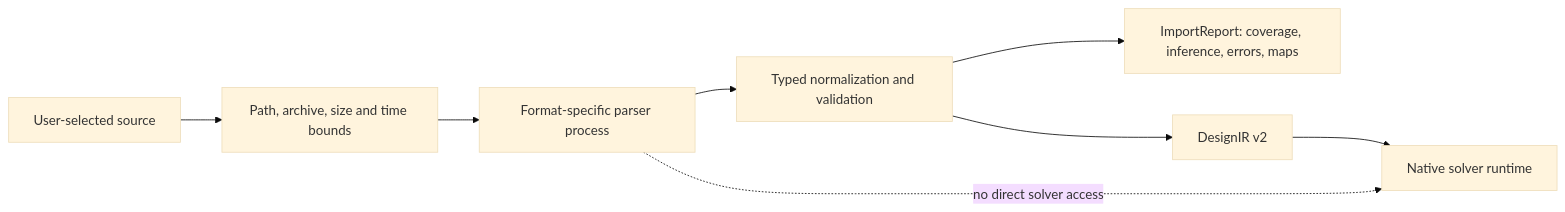
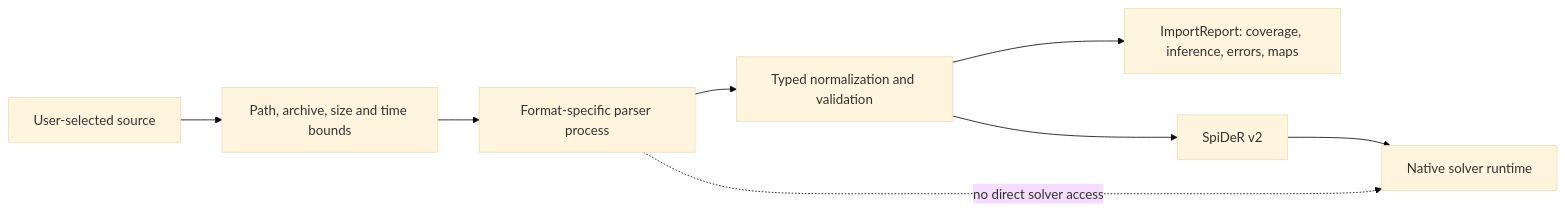
Before and after one commit to krishna-swaroop/SPIKE: the fifth of 8 diagrams in docs/CAD_NEUTRAL_NATIVE_MULTIPHYSICS_FOUNDATION.md, drawn with Mermaid (base theme). The commit also changed other lines of this file and 523 other files, not shown here.

````diff
--- a/docs/CAD_NEUTRAL_NATIVE_MULTIPHYSICS_FOUNDATION.md
+++ b/docs/CAD_NEUTRAL_NATIVE_MULTIPHYSICS_FOUNDATION.md
@@ -331,10 +331,10 @@
 ```mermaid
 flowchart LR
     U["User-selected source"] --> B["Path, archive, size and time bounds"]
     B --> P["Format-specific parser process"]
     P --> V["Typed normalization and validation"]
     V --> Q["ImportReport: coverage, inference, errors, maps"]
-    V --> D["DesignIR v2"]
+    V --> D["SpiDeR v2"]
     P -. "no direct solver access" .-> S["Native solver runtime"]
     D --> S
 ```
````
